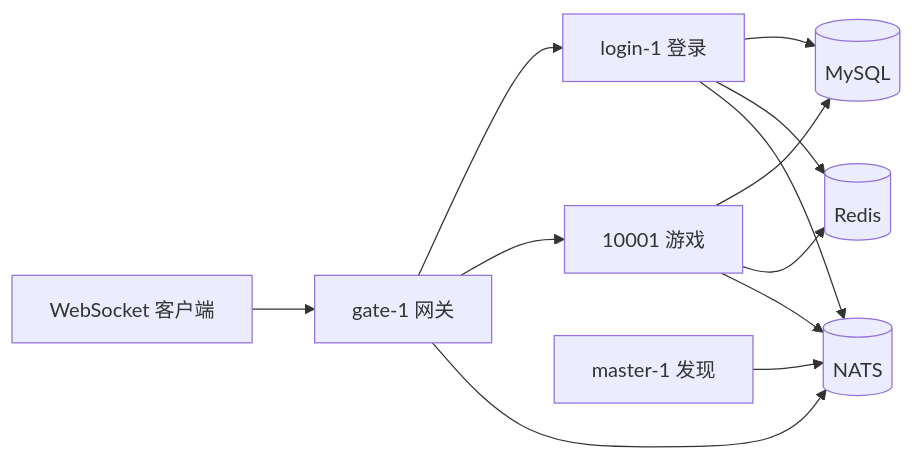
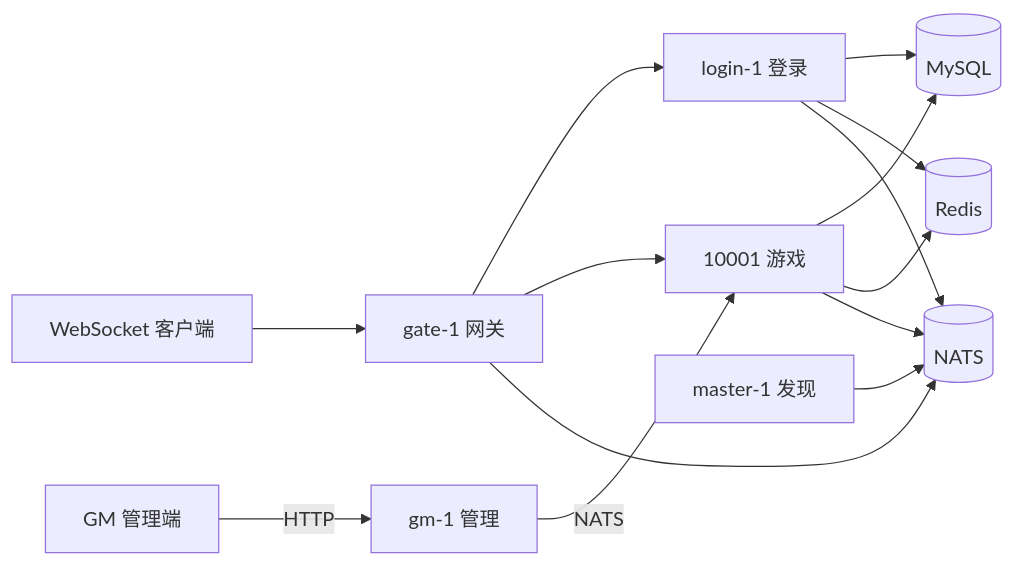
One commit to Gluocheng/mmo-server changed the diagram in README.md. Above: the diagram before and after it, drawn with Mermaid. The commit also changed other lines of this file and 10 other files, not shown here.

````diff
--- a/README.md
+++ b/README.md
@@ -9,23 +9,27 @@
 ```mermaid
 flowchart LR
   Client[WebSocket 客户端]
+  Admin[GM 管理端]
   Gate[gate-1 网关]
   Login[login-1 登录]
   Game[10001 游戏]
+  GM[gm-1 管理]
   Master[master-1 发现]
   NATS[(NATS)]
   MySQL[(MySQL)]
   Redis[(Redis)]
 
   Client --> Gate
+  Admin -->|HTTP| GM
   Gate --> Login
   Gate --> Game
+  GM -->|NATS| Game
   Login --> MySQL
   Login --> Redis
   Game --> MySQL
   Game --> Redis
   Gate --> NATS
   Login --> NATS
   Game --> NATS
   Master --> NATS
 ```
````
